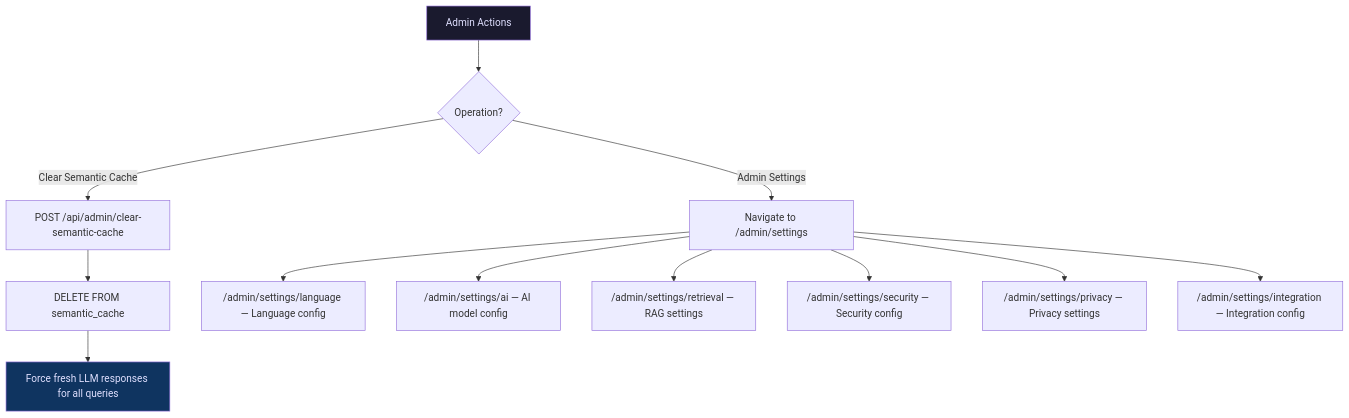
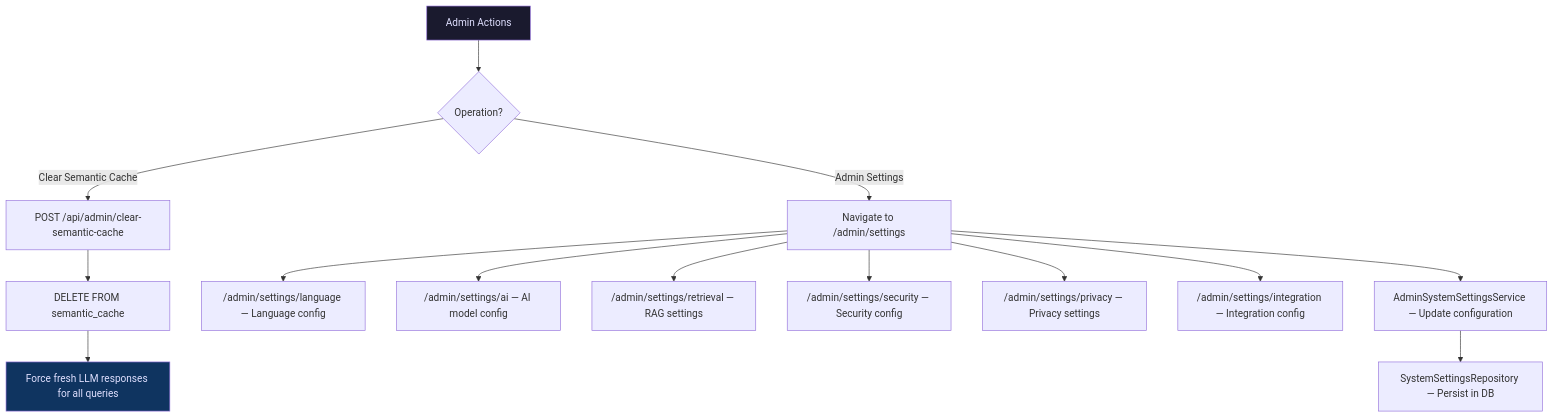
One commit to shashinherath/OpenJustice-Backend-Repo changed the ninth of 11 diagrams in docs/ADMIN_FLOW_DIAGRAM.md. Above: the diagram before and after it, drawn with Mermaid. The commit also changed other lines of this file and 4 other files, not shown here.

First line of the commit message:
Expand architecture docs for new backend modules (#62)

````diff
--- a/docs/ADMIN_FLOW_DIAGRAM.md
+++ b/docs/ADMIN_FLOW_DIAGRAM.md
@@ -225,19 +248,21 @@
 ```mermaid
 flowchart TD
     A["Admin Actions"] --> B{"Operation?"}
 
     B -->|Clear Semantic Cache| C["POST /api/admin/clear-semantic-cache"]
     C --> D["DELETE FROM semantic_cache"]
     D --> E["Force fresh LLM responses for all queries"]
 
     B -->|Admin Settings| F["Navigate to /admin/settings"]
     F --> G["/admin/settings/language — Language config"]
     F --> H["/admin/settings/ai — AI model config"]
     F --> I["/admin/settings/retrieval — RAG settings"]
     F --> J["/admin/settings/security — Security config"]
     F --> K["/admin/settings/privacy — Privacy settings"]
     F --> L["/admin/settings/integration — Integration config"]
+    F --> M["AdminSystemSettingsService — Update configuration"]
+    M --> N["SystemSettingsRepository — Persist in DB"]
 
     style A fill:#1a1a2e,color:#e0e0ff
     style E fill:#0f3460,color:#e0e0ff
 ```
````
